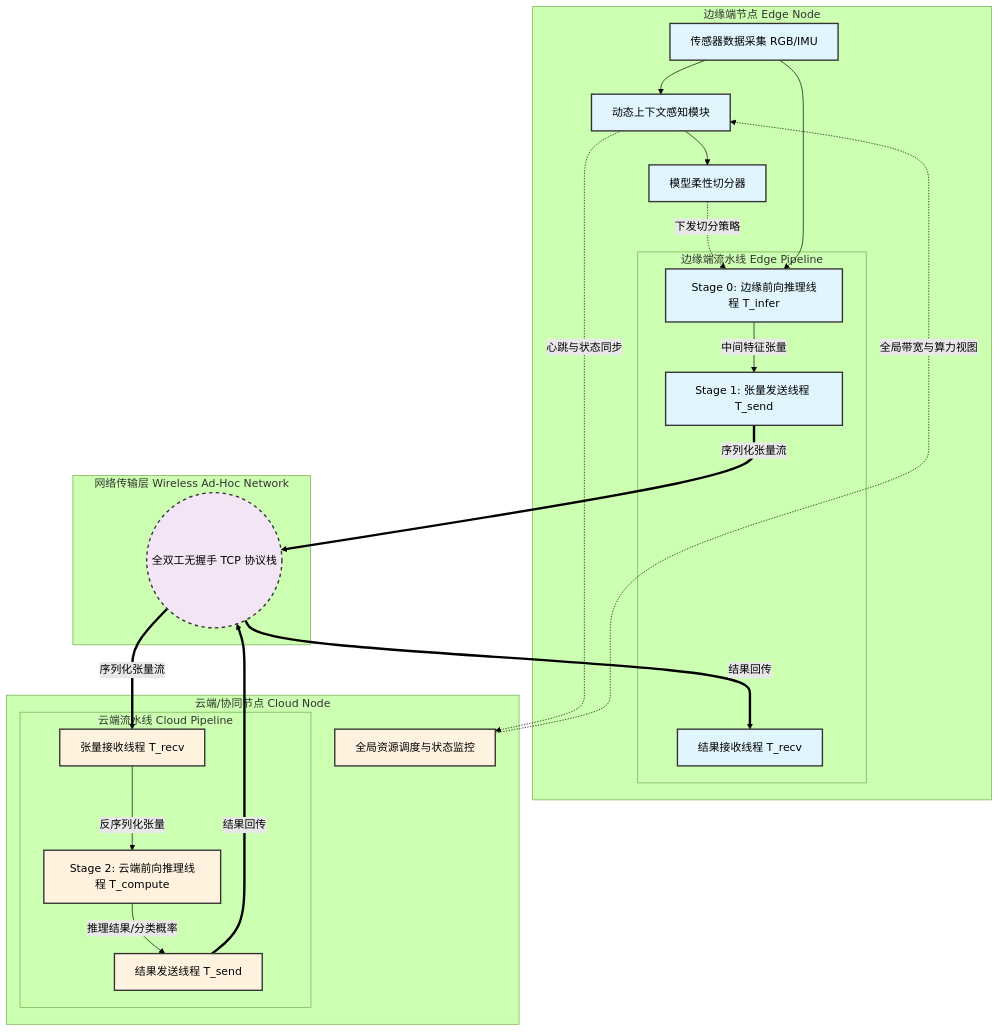
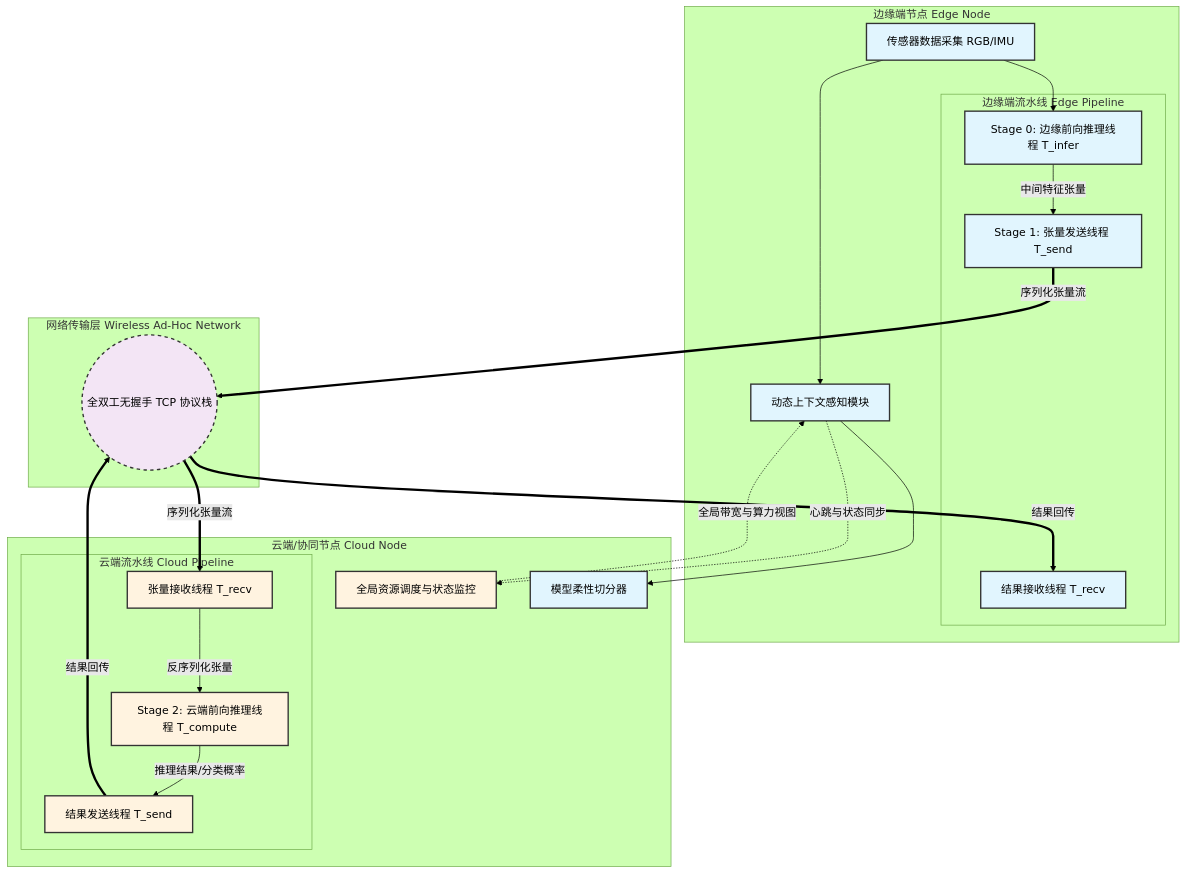
The diagram in all/AI-1.md (intmain-yy/iodraw-files), drawn with Mermaid (forest theme) before and after one commit.

Commit message:
2026-02-27 16:37:53 update

````diff
--- a/all/AI-1.md
+++ b/all/AI-1.md
@@ -1,50 +1,50 @@
 ```mermaid
 graph TD
     subgraph "边缘端节点 Edge Node"
         A1["传感器数据采集 RGB/IMU"] --> A2[动态上下文感知模块]
         
         
         subgraph "边缘端流水线 Edge Pipeline"
             A4[Stage 0: 边缘前向推理线程 T_infer]
             A5[Stage 1: 张量发送线程 T_send]
             A6[结果接收线程 T_recv]
         end
         
-        A3 -.->|下发切分策略| A4
+        
         A1 --> A4
         A4 -->|中间特征张量| A5
     end
 
     subgraph "网络传输层 Wireless Ad-Hoc Network"
         N1(("全双工无握手 TCP 协议栈"))
     end
 
     subgraph "云端/协同节点 Cloud Node"
         subgraph "云端流水线 Cloud Pipeline"
             C1[张量接收线程 T_recv]
             C2[Stage 2: 云端前向推理线程 T_compute]
             C3[结果发送线程 T_send]
         end
         
         C4[全局资源调度与状态监控]
         A2 --> A3[模型柔性切分器]
     end
 
     A5 ==>|序列化张量流| N1
     N1 ==>|序列化张量流| C1
     C1 -->|反序列化张量| C2
     C2 -->|"推理结果/分类概率"| C3
     C3 ==>|结果回传| N1
     N1 ==>|结果回传| A6
     
     A2 -.->|心跳与状态同步| C4
     C4 -.->|全局带宽与算力视图| A2
 
     classDef edge fill:#e1f5fe,stroke:#333,stroke-width:2px;
     classDef cloud fill:#fff3e0,stroke:#333,stroke-width:2px;
     classDef net fill:#f3e5f5,stroke:#333,stroke-width:2px,stroke-dasharray: 5 5;
     
     class A1,A2,A3,A4,A5,A6 edge;
     class C1,C2,C3,C4 cloud;
     class N1 net;
 ```
````
